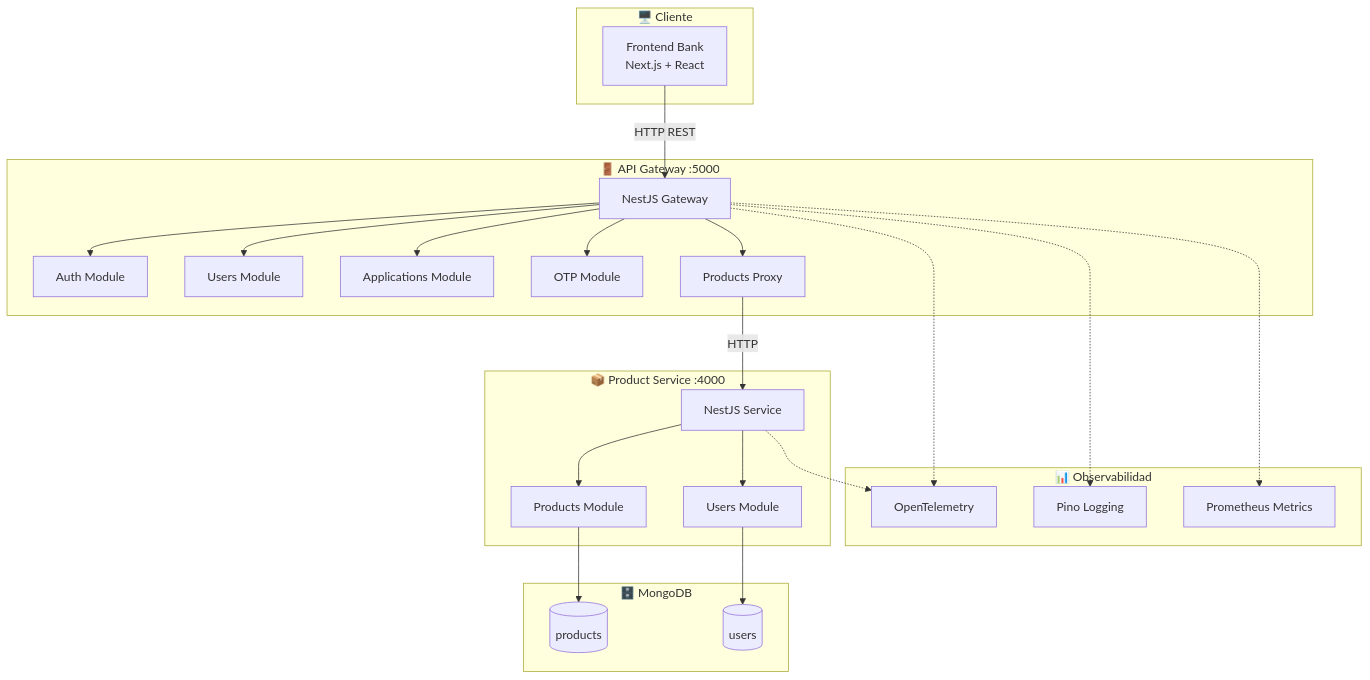
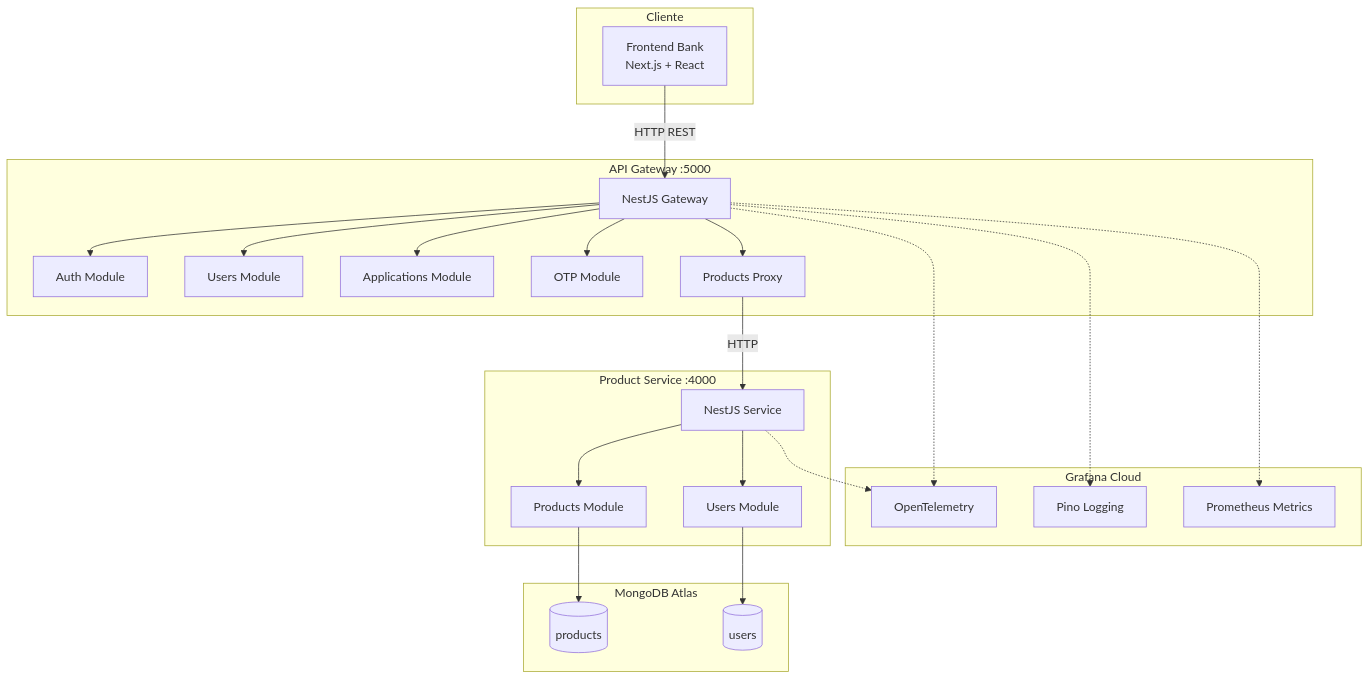
The first of 4 diagrams in ARCHITECTURE.md (JairPrada/frontend-bank), drawn with Mermaid before and after one commit. The commit also changed other lines of this file, not shown here.

````diff
--- a/ARCHITECTURE.md
+++ b/ARCHITECTURE.md
@@ -107,51 +109,51 @@
 ```mermaid
 graph TB
-    subgraph Cliente["🖥️ Cliente"]
+    subgraph Cliente["Cliente"]
         FE[Frontend Bank<br/>Next.js + React]
     end
 
-    subgraph Gateway["🚪 API Gateway :5000"]
+    subgraph Gateway["API Gateway :5000"]
         GW[NestJS Gateway]
         AUTH[Auth Module]
         USERS[Users Module]
         APPS[Applications Module]
         OTP[OTP Module]
         PROD_PROXY[Products Proxy]
         
         GW --> AUTH
         GW --> USERS
         GW --> APPS
         GW --> OTP
         GW --> PROD_PROXY
     end
 
-    subgraph ProductService["📦 Product Service :4000"]
+    subgraph ProductService["Product Service :4000"]
         PS[NestJS Service]
         PS_PROD[Products Module]
         PS_USERS[Users Module]
         
         PS --> PS_PROD
         PS --> PS_USERS
     end
 
-    subgraph Database["🗄️ MongoDB"]
+    subgraph Database["MongoDB Atlas"]
         USERS_COL[(users)]
         PRODUCTS_COL[(products)]
     end
 
-    subgraph Observability["📊 Observabilidad"]
+    subgraph Observability["Grafana Cloud"]
         OTEL[OpenTelemetry]
         PINO[Pino Logging]
         PROM[Prometheus Metrics]
     end
 
     FE -->|HTTP REST| GW
     PROD_PROXY -->|HTTP| PS
     PS_PROD --> PRODUCTS_COL
     PS_USERS --> USERS_COL
     
     GW -.-> OTEL
     GW -.-> PINO
     GW -.-> PROM
     PS -.-> OTEL
 ```
````
